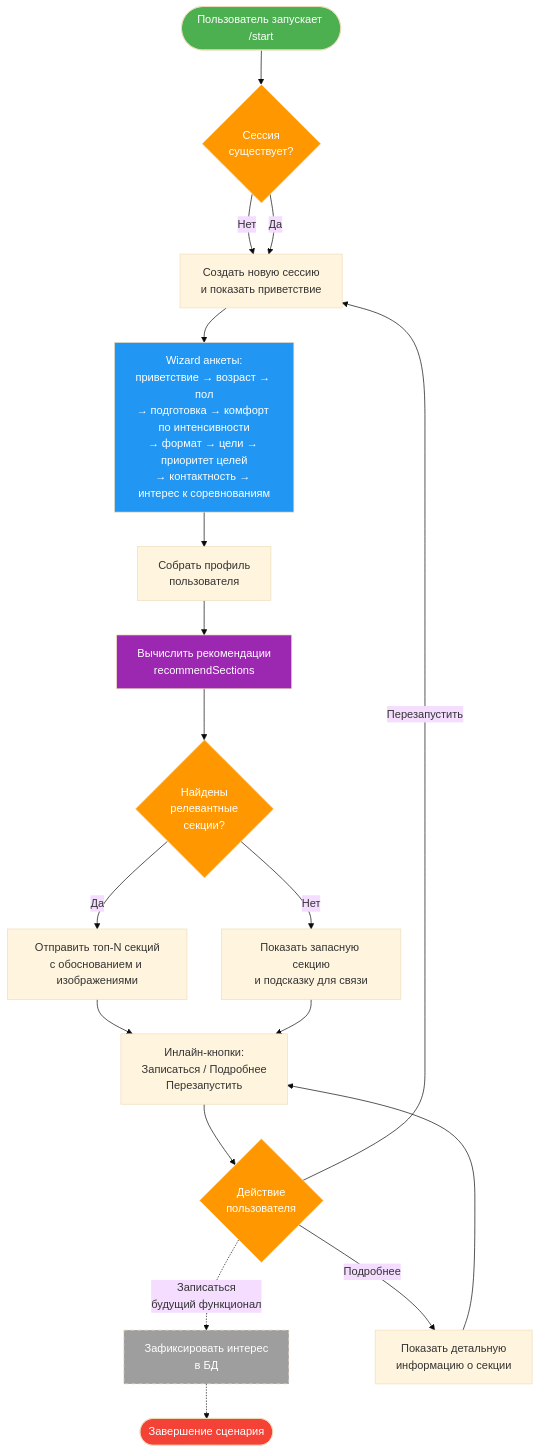
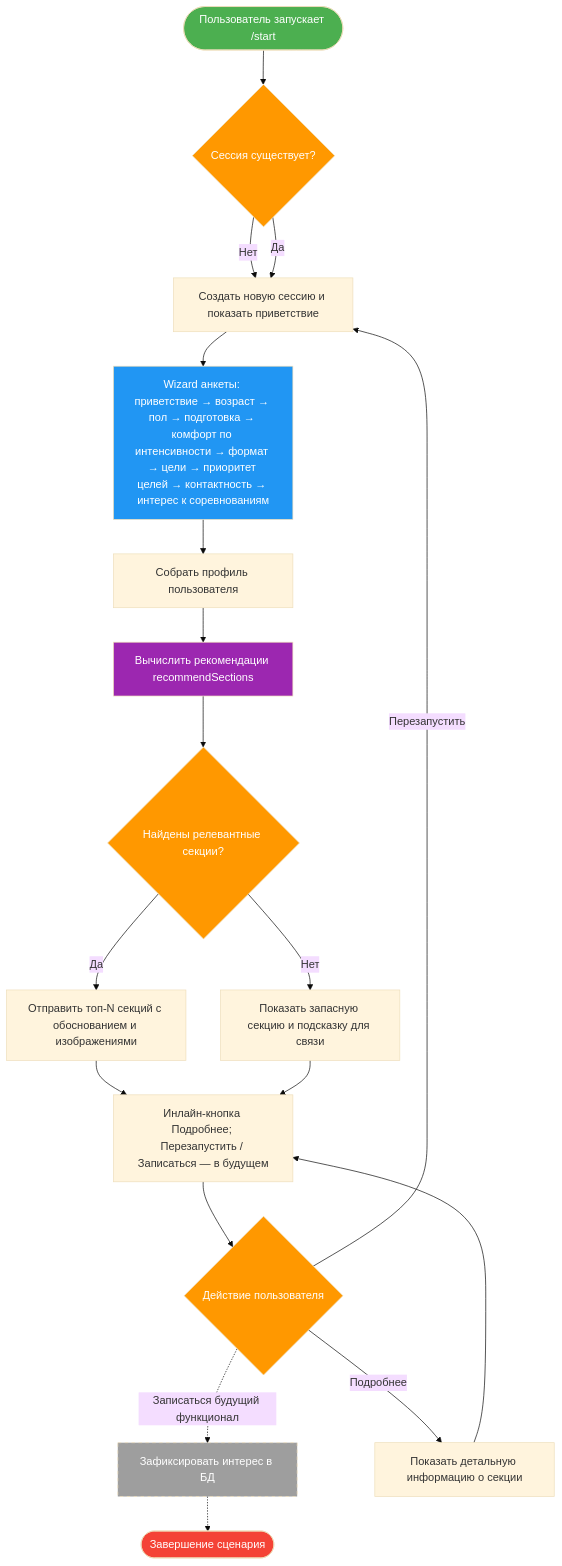
The third of 4 diagrams in docs/ARCHITECTURE.md (kotru21/bsuir), drawn with Mermaid (base theme) before and after one commit.

Commit message:
Fix formatting and improve clarity in architecture diagram

````diff
--- a/docs/ARCHITECTURE.md
+++ b/docs/ARCHITECTURE.md
@@ -147,43 +147,43 @@
 ```mermaid
 flowchart TD
    Start([Пользователь запускает /start])
 
-   Start --> CheckSession{Сессия\nсуществует?}
+   Start --> CheckSession{Сессия существует?}
 
-   CheckSession -->|Нет| CreateSession[Создать новую сессию\nи показать приветствие]
+   CheckSession -->|Нет| CreateSession[Создать новую сессию и показать приветствие]
    CheckSession -->|Да| CreateSession
 
-   CreateSession --> Wizard[Wizard анкеты:\nприветствие → возраст → пол\n→ подготовка → комфорт по интенсивности\n→ формат → цели → приоритет целей\n→ контактность → интерес к соревнованиям]
+   CreateSession --> Wizard[Wizard анкеты: приветствие → возраст → пол → подготовка → комфорт по интенсивности → формат → цели → приоритет целей → контактность → интерес к соревнованиям]
 
-   Wizard --> AssembleProfile[Собрать профиль\nпользователя]
+   Wizard --> AssembleProfile[Собрать профиль пользователя]
 
-   AssembleProfile --> ComputeRecs[Вычислить рекомендации\nrecommendSections]
+   AssembleProfile --> ComputeRecs[Вычислить рекомендации recommendSections]
 
-   ComputeRecs --> CheckResults{Найдены\nрелевантные\nсекции?}
+   ComputeRecs --> CheckResults{Найдены релевантные секции?}
 
-   CheckResults -->|Да| SendTop[Отправить топ-N секций\nс обоснованием и изображениями]
-   CheckResults -->|Нет| SendFallback[Показать запасную секцию\nи подсказку для связи]
+   CheckResults -->|Да| SendTop[Отправить топ-N секций с обоснованием и изображениями]
+   CheckResults -->|Нет| SendFallback[Показать запасную секцию и подсказку для связи]
 
    SendTop --> ShowButtons
    SendFallback --> ShowButtons
 
-   ShowButtons[Инлайн-кнопки:\nЗаписаться / Подробнее\nПерезапустить]
+   ShowButtons[Инлайн-кнопка Подробнее; Перезапустить / Записаться — в будущем]
 
-   ShowButtons --> UserAction{Действие\nпользователя}
+   ShowButtons --> UserAction{Действие пользователя}
 
-   UserAction -.->|Записаться\nбудущий функционал| RecordInterest[Зафиксировать интерес\nв БД]
-   UserAction -->|Подробнее| ShowDetails[Показать детальную\nинформацию о секции]
+   UserAction -.->|Записаться будущий функционал| RecordInterest[Зафиксировать интерес в БД]
+   UserAction -->|Подробнее| ShowDetails[Показать детальную информацию о секции]
    UserAction -->|Перезапустить| CreateSession
 
    RecordInterest -.-> End([Завершение сценария])
    ShowDetails --> ShowButtons
 
    style Start fill:#4caf50,color:#fff
    style End fill:#f44336,color:#fff
    style CheckSession fill:#ff9800,color:#fff
    style CheckResults fill:#ff9800,color:#fff
    style UserAction fill:#ff9800,color:#fff
    style Wizard fill:#2196f3,color:#fff
    style ComputeRecs fill:#9c27b0,color:#fff
    style RecordInterest fill:#9e9e9e,color:#fff,stroke-dasharray: 5 5
 ```
````
